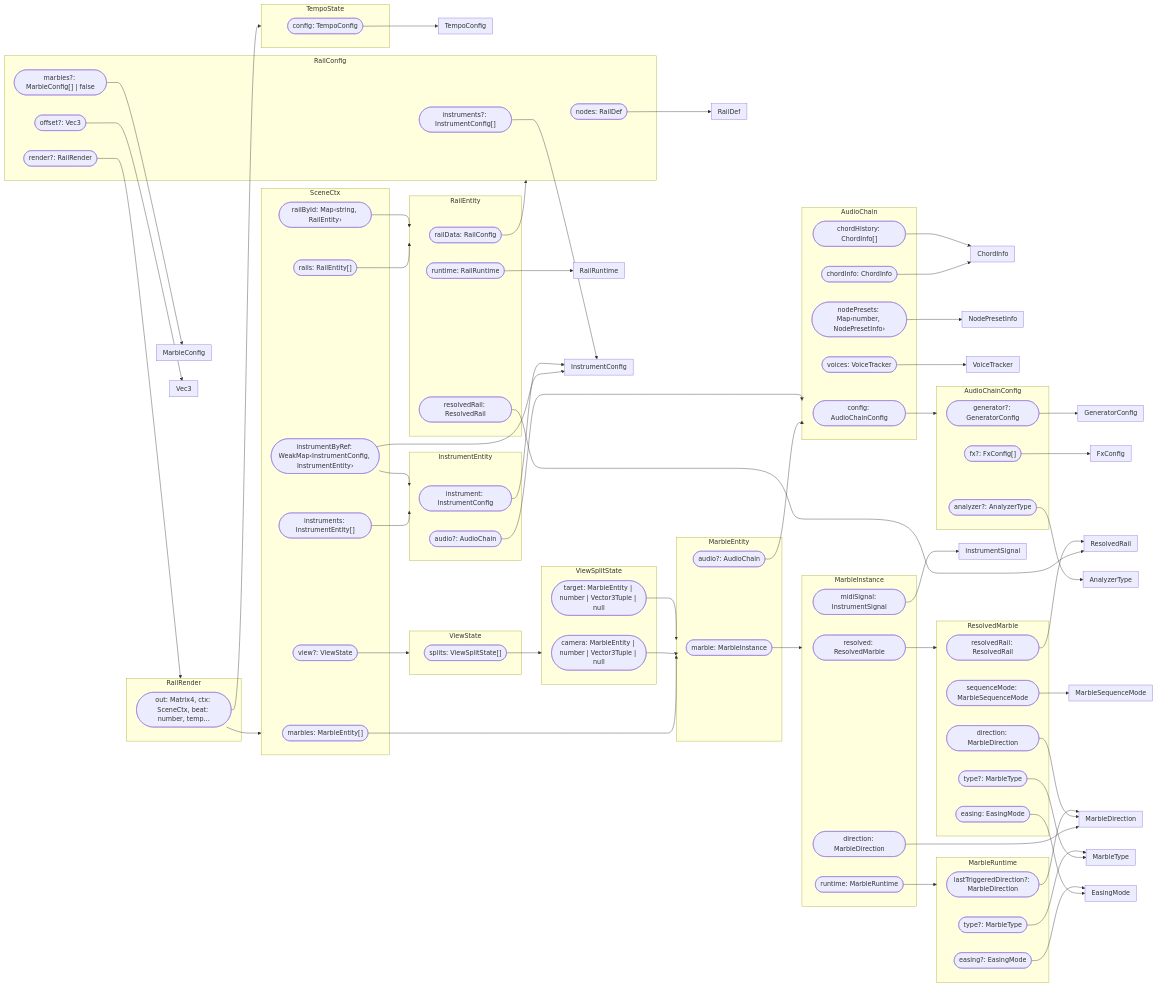
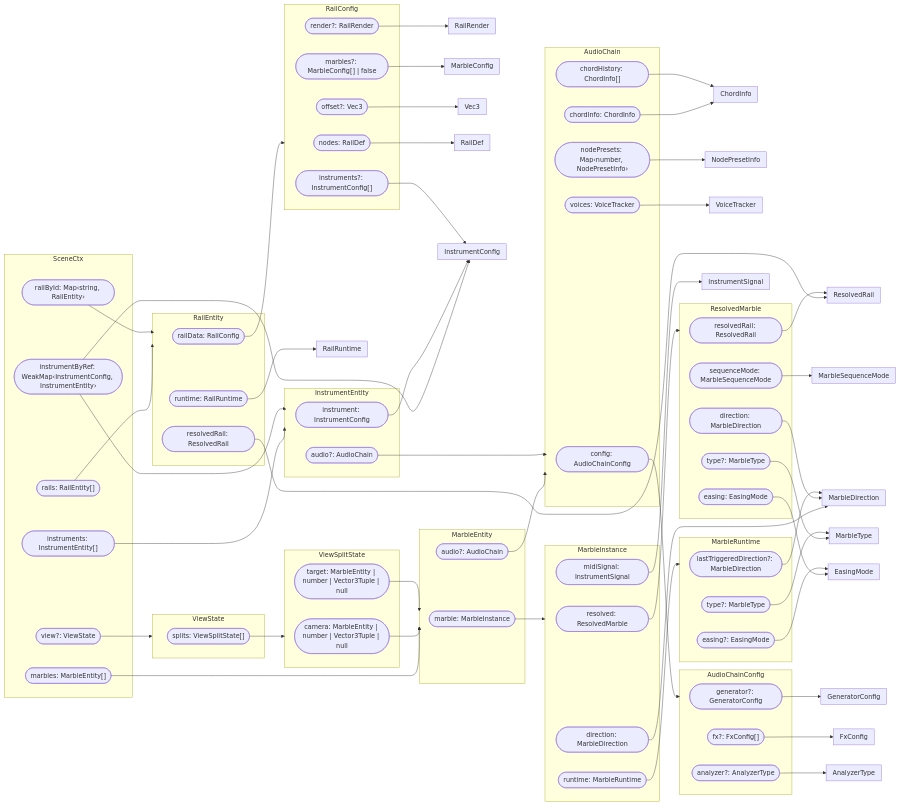
Before and after one commit to darosh/ambient-circuit: the second of 3 diagrams in ARCHITECTURE.md, drawn with Mermaid. The commit also changed other lines of this file, not shown here.

Commit message:
ARCHITECTURE.md

````diff
--- a/ARCHITECTURE.md
+++ b/ARCHITECTURE.md
@@ -173,7 +173,6 @@
   end
 
   subgraph RailRender["RailRender"]
-    RailRender__out(["out: Matrix4, ctx: SceneCtx, beat: number, temp…"])
   end
 
   subgraph MarbleSequenceMode["MarbleSequenceMode"]
@@ -192,13 +191,6 @@
   end
 
   subgraph AnalyzerType["AnalyzerType"]
-  end
-
-  subgraph TempoState["TempoState"]
-    TempoState__config(["config: TempoConfig"])
-  end
-
-  subgraph TempoConfig["TempoConfig"]
   end
 
   %% Inheritance
@@ -246,7 +238,4 @@
   AudioChainConfig__generator --> GeneratorConfig
   AudioChainConfig__fx --> FxConfig
   AudioChainConfig__analyzer --> AnalyzerType
-  RailRender__out --> SceneCtx
-  RailRender__out --> TempoState
-  TempoState__config --> TempoConfig
 ```
````
